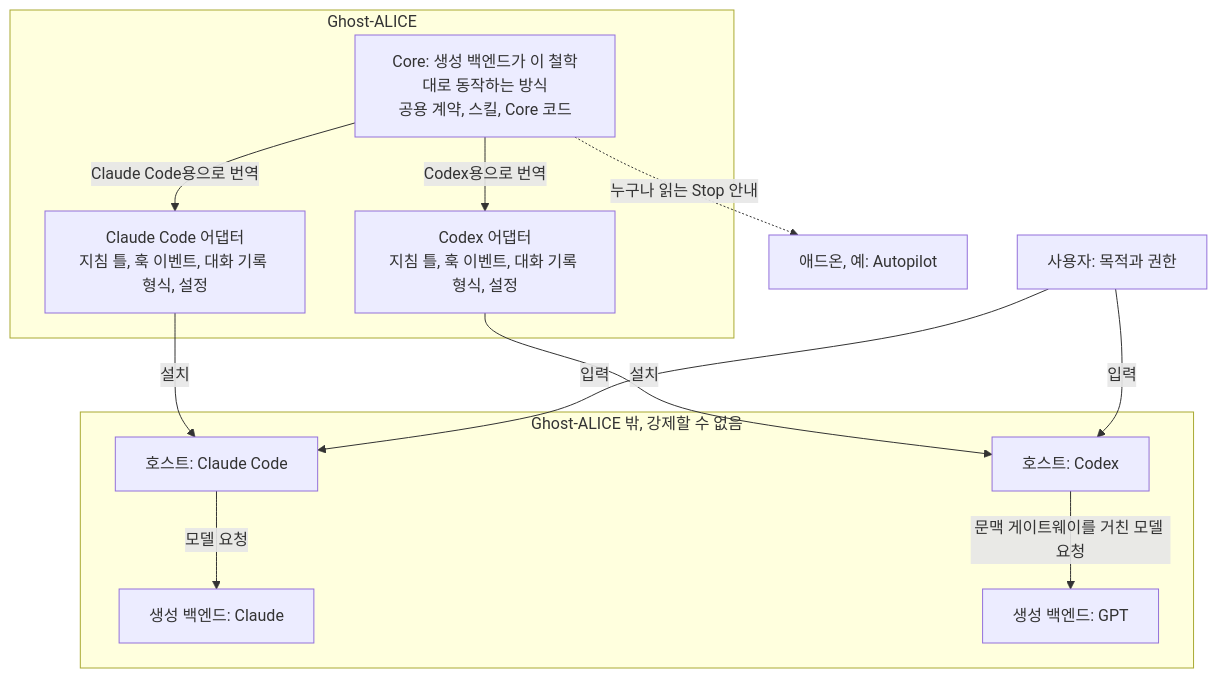
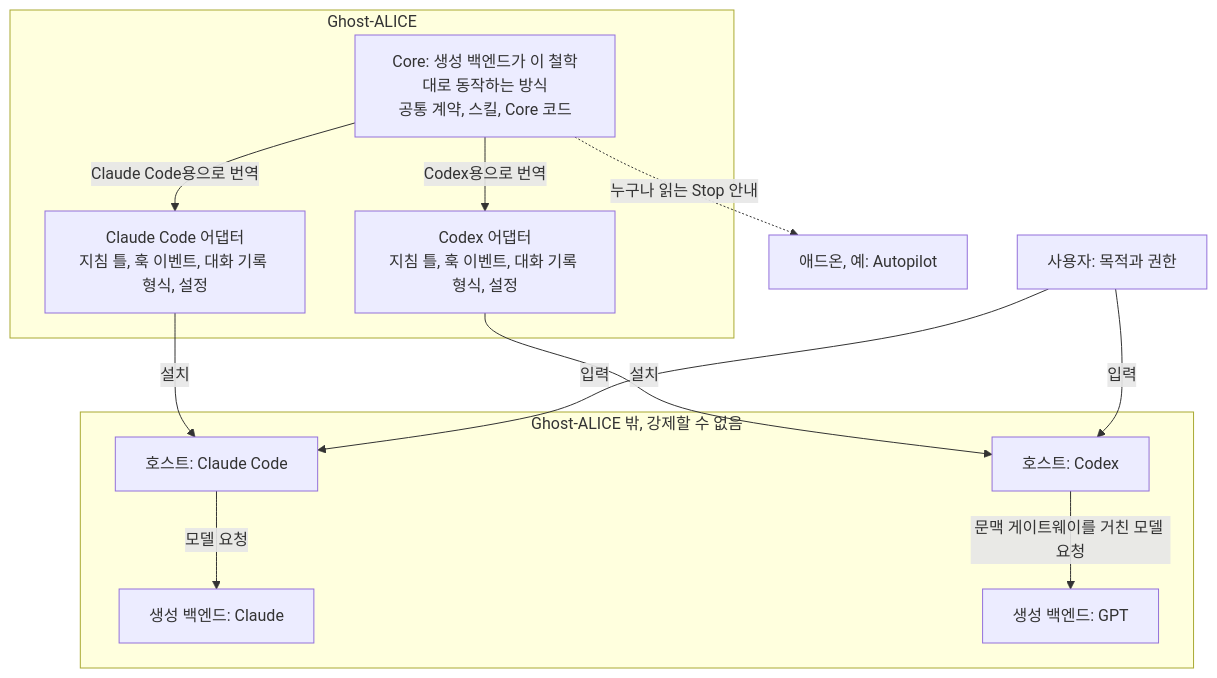
One commit to AidALL/ghost-alice changed the first of 5 diagrams in architecture_ko.md. Above: the diagram before and after it, drawn with Mermaid. The commit also changed other lines of this file and 43 other files, not shown here.

````diff
--- a/architecture_ko.md
+++ b/architecture_ko.md
@@ -9,25 +9,25 @@
 ```mermaid
 flowchart TB
   subgraph GA["Ghost-ALICE"]
-    C["Core: 생성 백엔드가 이 철학대로 동작하는 방식<br/>공용 계약, 스킬, Core 코드"]
+    C["Core: 생성 백엔드가 이 철학대로 동작하는 방식<br/>공통 계약, 스킬, Core 코드"]
     AC["Claude Code 어댑터<br/>지침 틀, 훅 이벤트, 대화 기록 형식, 설정"]
     AX["Codex 어댑터<br/>지침 틀, 훅 이벤트, 대화 기록 형식, 설정"]
   end
   subgraph OUT["Ghost-ALICE 밖, 강제할 수 없음"]
     HC["호스트: Claude Code"]
     HX["호스트: Codex"]
     BC["생성 백엔드: Claude"]
     BX["생성 백엔드: GPT"]
   end
   U["사용자: 목적과 권한"]
   AD["애드온, 예: Autopilot"]
   C -->|Claude Code용으로 번역| AC
   C -->|Codex용으로 번역| AX
   AC -->|설치| HC
   AX -->|설치| HX
   HC -->|모델 요청| BC
   HX -->|문맥 게이트웨이를 거친 모델 요청| BX
   U -->|입력| HC
   U -->|입력| HX
   C -.->|누구나 읽는 Stop 안내| AD
 ```
````
